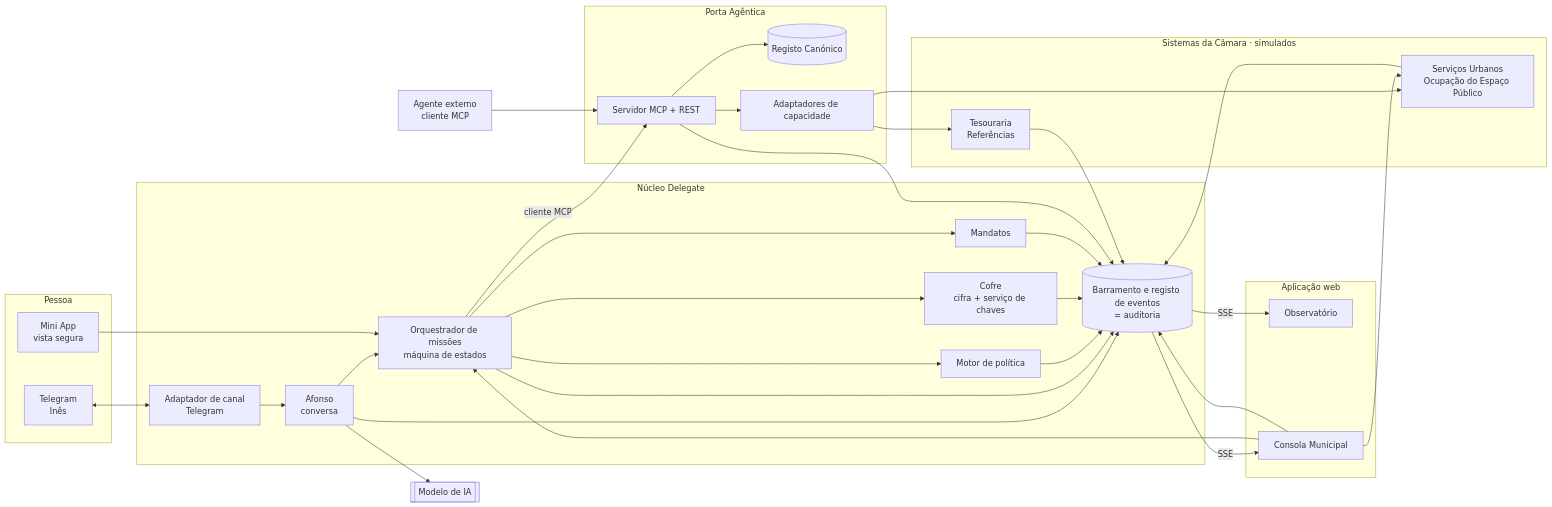
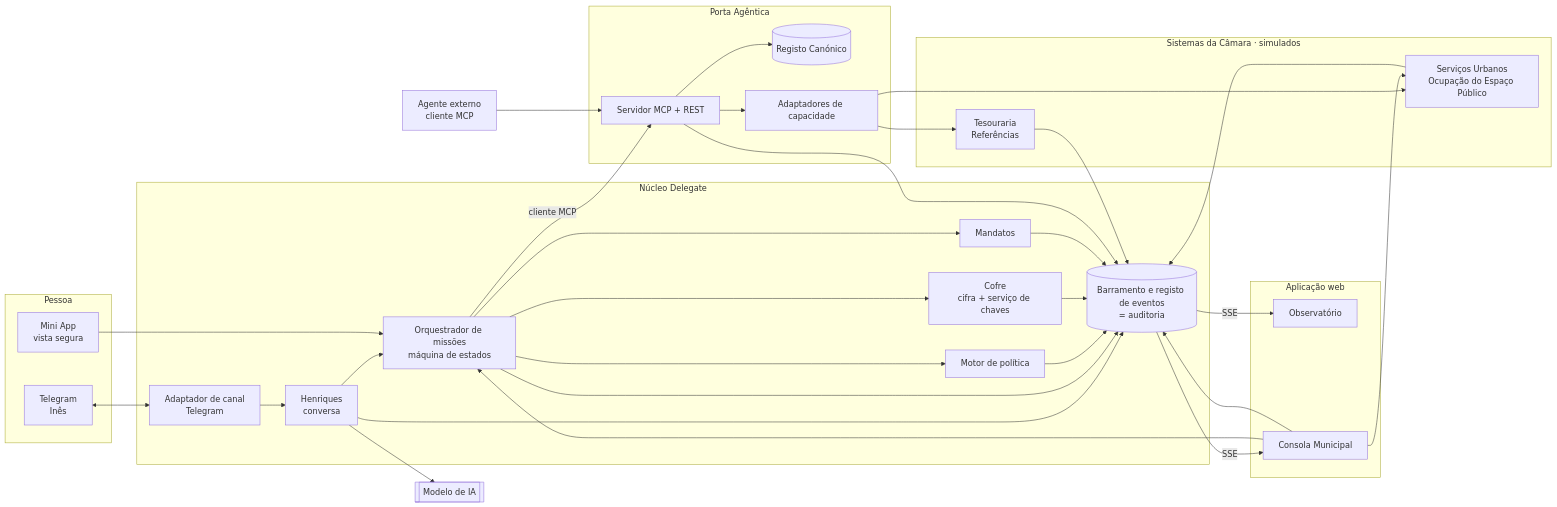
One commit to mhaddad/delegate changed the first of 2 diagrams in specs/strategy/02-arquitetura-da-demo.md. Above: the diagram before and after it, drawn with Mermaid. The commit also changed other lines of this file and 111 other files, not shown here.

First line of the commit message:
refactor: renomear o representante digital de Afonso para Henriques

````diff
--- a/specs/strategy/02-arquitetura-da-demo.md
+++ b/specs/strategy/02-arquitetura-da-demo.md
@@ -8,48 +8,48 @@
 ```mermaid
 flowchart LR
   subgraph Pessoa
     TG[Telegram<br/>Inês]
     MA[Mini App<br/>vista segura]
   end
   subgraph Nucleo[Núcleo Delegate]
     CA[Adaptador de canal<br/>Telegram]
-    AF[Afonso<br/>conversa]
+    AF[Henriques<br/>conversa]
     OR[Orquestrador de missões<br/>máquina de estados]
     PO[Motor de política]
     CO[Cofre<br/>cifra + serviço de chaves]
     MD[Mandatos]
     EV[(Barramento e registo de eventos<br/>= auditoria)]
   end
   subgraph Porta[Porta Agêntica]
     MCP[Servidor MCP + REST]
     REG[(Registo Canónico)]
     ADP[Adaptadores de capacidade]
   end
   subgraph Camara[Sistemas da Câmara · simulados]
     SU[Serviços Urbanos<br/>Ocupação do Espaço Público]
     TE[Tesouraria<br/>Referências]
   end
   subgraph Web[Aplicação web]
     OB[Observatório]
     CN[Consola Municipal]
   end
   EXT[Agente externo<br/>cliente MCP]
   LLM[[Modelo de IA]]
 
   TG <--> CA --> AF --> OR
   MA --> OR
   OR --> PO
   OR --> CO
   OR --> MD
   AF --> LLM
   OR -- cliente MCP --> MCP
   EXT --> MCP
   MCP --> REG
   MCP --> ADP --> SU
   ADP --> TE
   CN --> SU
   CN --> OR
   AF & OR & PO & CO & MD & MCP & SU & TE & CN --> EV
   EV -- SSE --> OB
   EV -- SSE --> CN
 ```
````
